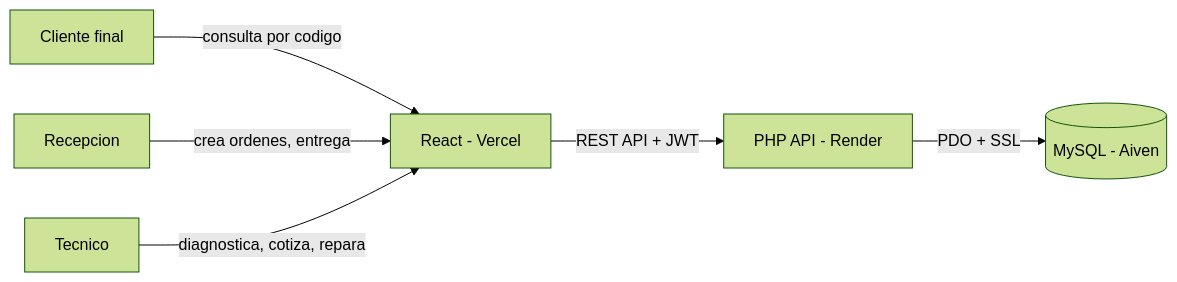
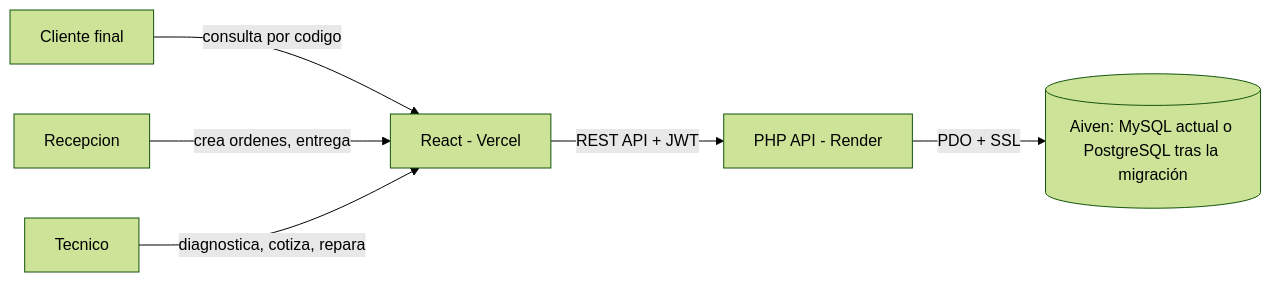
One commit to andrev024/expertools changed the first of 3 diagrams in README.md. Above: the diagram before and after it, drawn with Mermaid (forest theme). The commit also changed other lines of this file and 20 other files, not shown here.

Commit message:
Add PostgreSQL migration support

````diff
--- a/README.md
+++ b/README.md
@@ -54,8 +54,8 @@
 ```mermaid
 graph LR
     Cliente[Cliente final] -->|consulta por codigo| Frontend
     Recepcion[Recepcion] -->|crea ordenes, entrega| Frontend
     Tecnico[Tecnico] -->|diagnostica, cotiza, repara| Frontend
     Frontend[React - Vercel] -->|REST API + JWT| Backend[PHP API - Render]
-    Backend -->|PDO + SSL| DB[(MySQL - Aiven)]
+    Backend -->|PDO + SSL| DB[(Aiven: MySQL actual o PostgreSQL tras la migración)]
 ```
````
